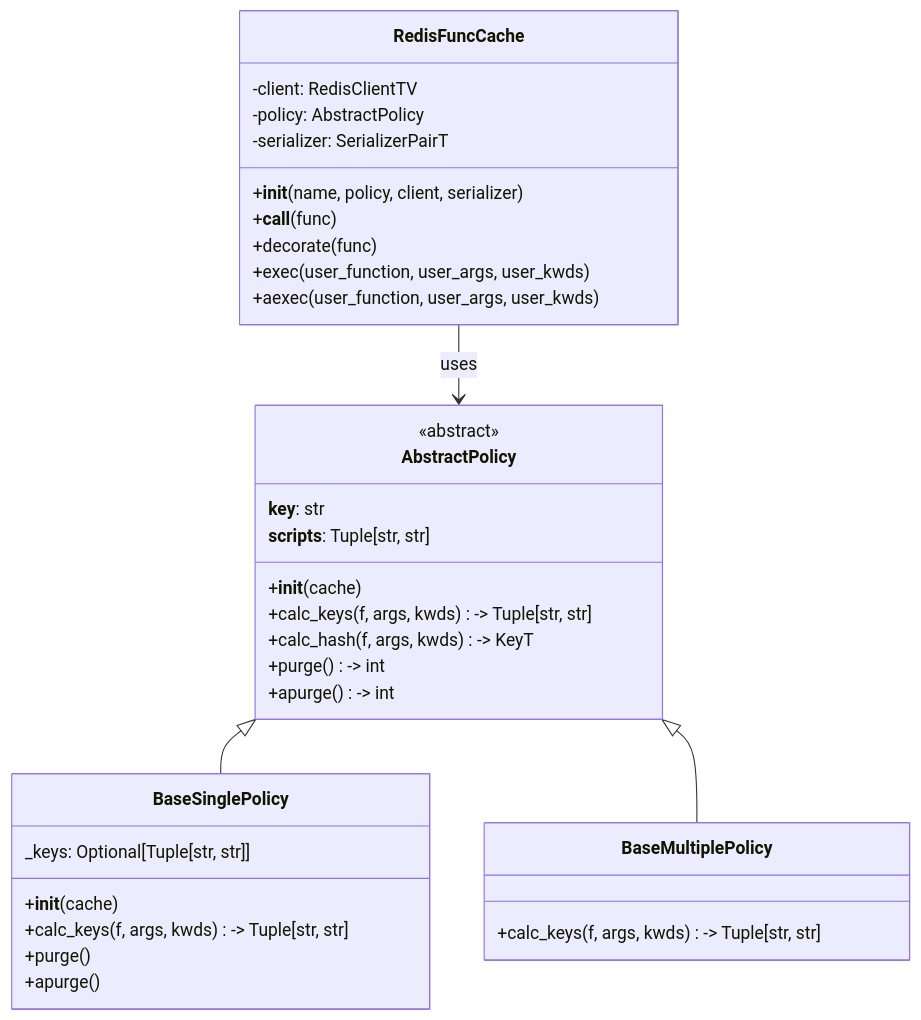
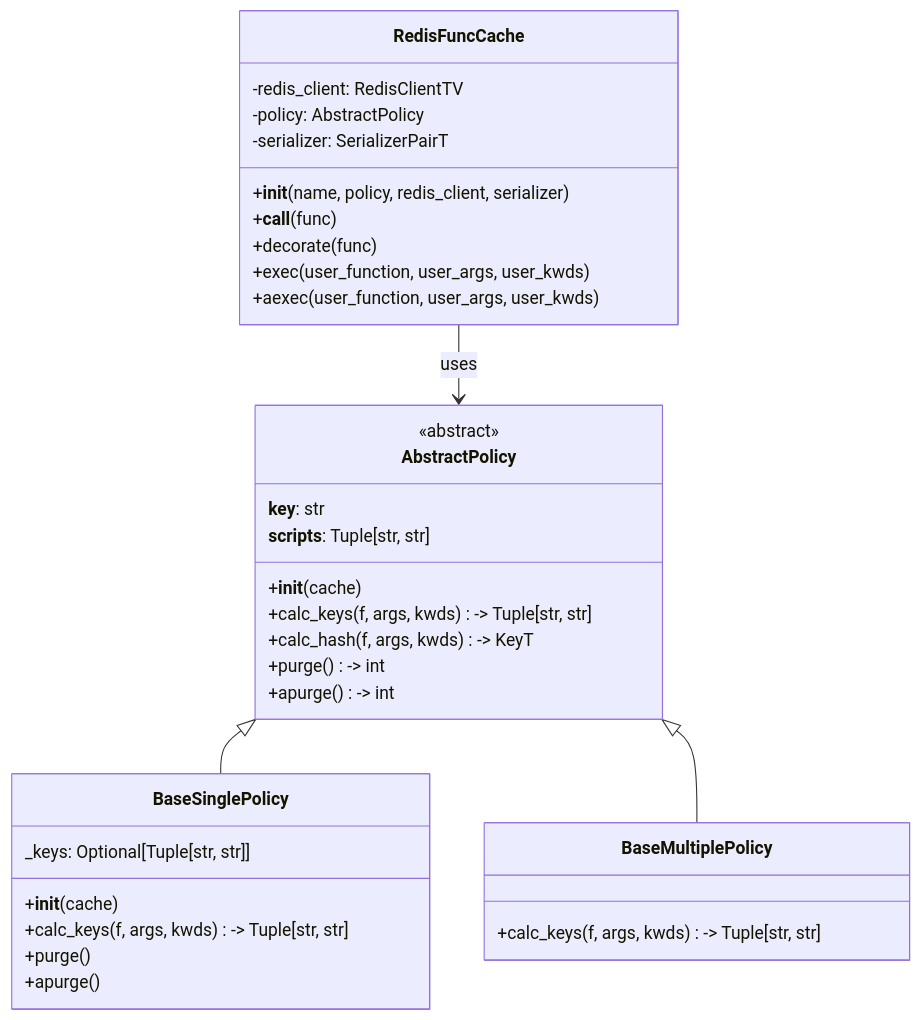
Before and after one commit to tanbro/redis_func_cache: the fourth of 8 diagrams in README.md, drawn with Mermaid. The commit also changed other lines of this file and 3 other files, not shown here.

First line of the commit message:
docs: align README, design notes and AGENTS.md with the redis_client API

````diff
--- a/README.md
+++ b/README.md
@@ -1113,40 +1113,40 @@
 ```mermaid
 classDiagram
     class RedisFuncCache {
-        -client: RedisClientTV
+        -redis_client: RedisClientTV
         -policy: AbstractPolicy
         -serializer: SerializerPairT
-        +__init__(name, policy, client, serializer)
+        +__init__(name, policy, redis_client, serializer)
         +__call__(func)
         +decorate(func)
         +exec(user_function, user_args, user_kwds)
         +aexec(user_function, user_args, user_kwds)
     }
 
     class AbstractPolicy {
         <<abstract>>
         __key__: str
         __scripts__: Tuple[str, str]
         +__init__(cache)
         +calc_keys(f, args, kwds) -> Tuple[str, str]
         +calc_hash(f, args, kwds) -> KeyT
         +purge() -> int
         +apurge() -> int
     }
 
     class BaseSinglePolicy {
         _keys: Optional[Tuple[str, str]]
         +__init__(cache)
         +calc_keys(f, args, kwds) -> Tuple[str, str]
         +purge()
         +apurge()
     }
 
     class BaseMultiplePolicy {
         +calc_keys(f, args, kwds) -> Tuple[str, str]
     }
 
     RedisFuncCache --> AbstractPolicy : uses
     AbstractPolicy <|-- BaseSinglePolicy
     AbstractPolicy <|-- BaseMultiplePolicy
 ```
````
